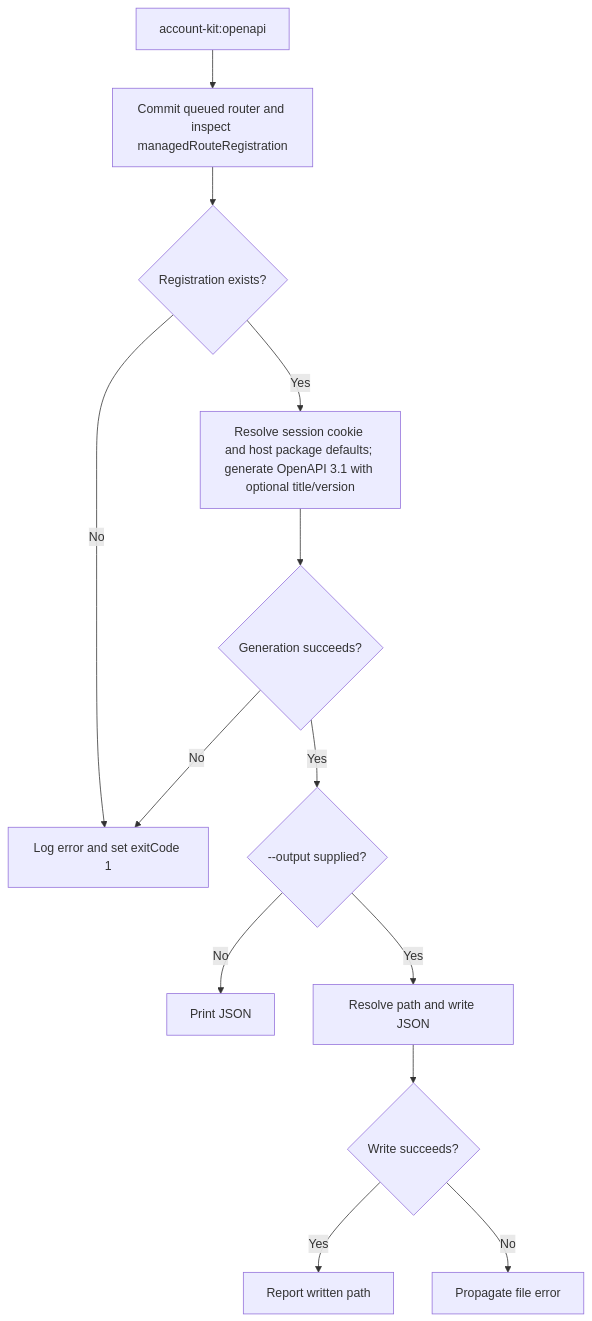
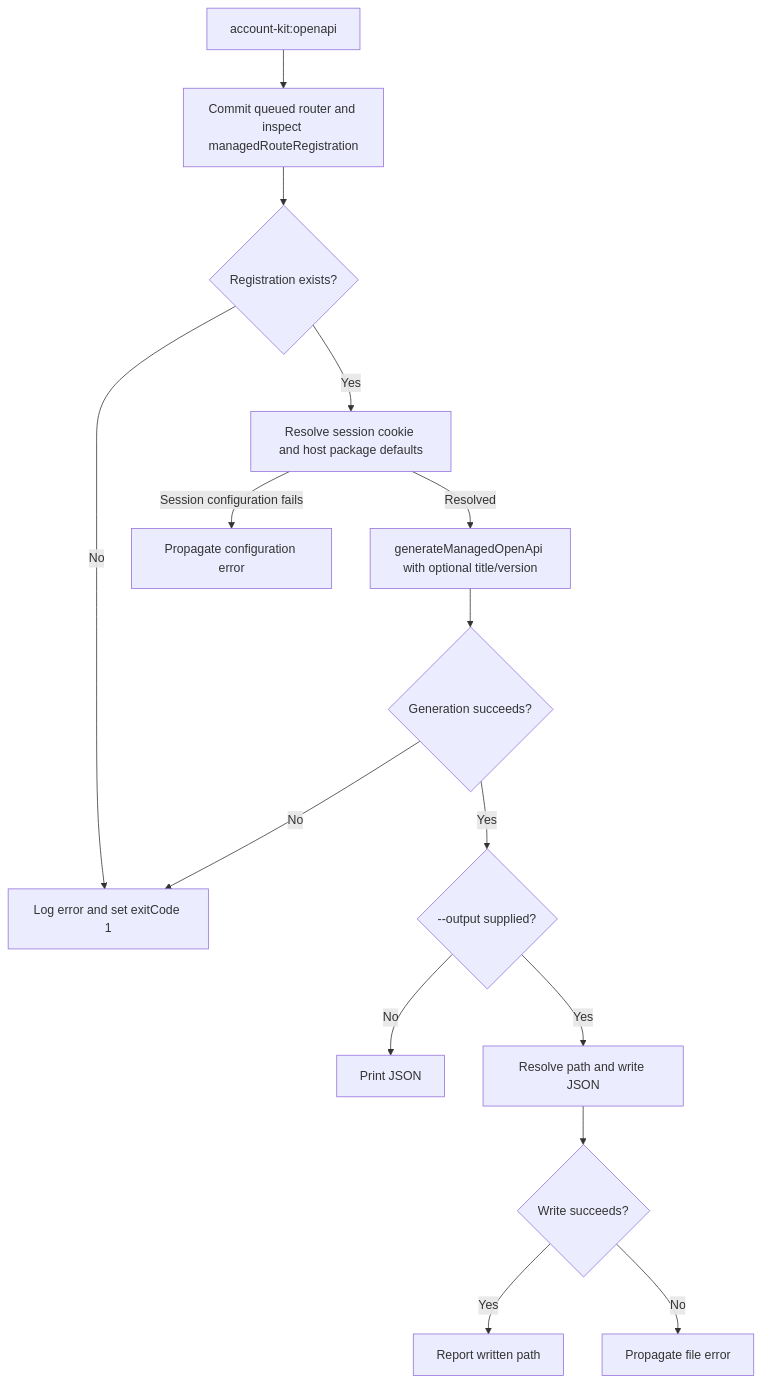
Before and after one commit to Kevinjohn/oss-adonisjs-account-kit: the second of 2 diagrams in user-stories/US-ACCOUNT-30-generate-openapi.md, drawn with Mermaid. The commit also changed 42 other files, not shown here.

````diff
--- a/user-stories/US-ACCOUNT-30-generate-openapi.md
+++ b/user-stories/US-ACCOUNT-30-generate-openapi.md
@@ -32,15 +32,17 @@
 ```mermaid
 flowchart TD
  A["account-kit:openapi"] --> B["Commit queued router and inspect managedRouteRegistration"]
  B --> C{"Registration exists?"}
  C -->|No| D["Log error and set exitCode 1"]
- C -->|Yes| E["Resolve session cookie and host package defaults; generate OpenAPI 3.1 with optional title/version"]
+ C -->|Yes| S["Resolve session cookie and host package defaults"]
+ S -->|Session configuration fails| K0["Propagate configuration error"]
+ S -->|Resolved| E["generateManagedOpenApi with optional title/version"]
  E --> V{"Generation succeeds?"}
  V -->|No| D
  V -->|Yes| F{"--output supplied?"}
  F -->|No| G["Print JSON"]
  F -->|Yes| H["Resolve path and write JSON"]
  H --> I{"Write succeeds?"}
  I -->|Yes| J["Report written path"]
  I -->|No| K["Propagate file error"]
 ```
````
